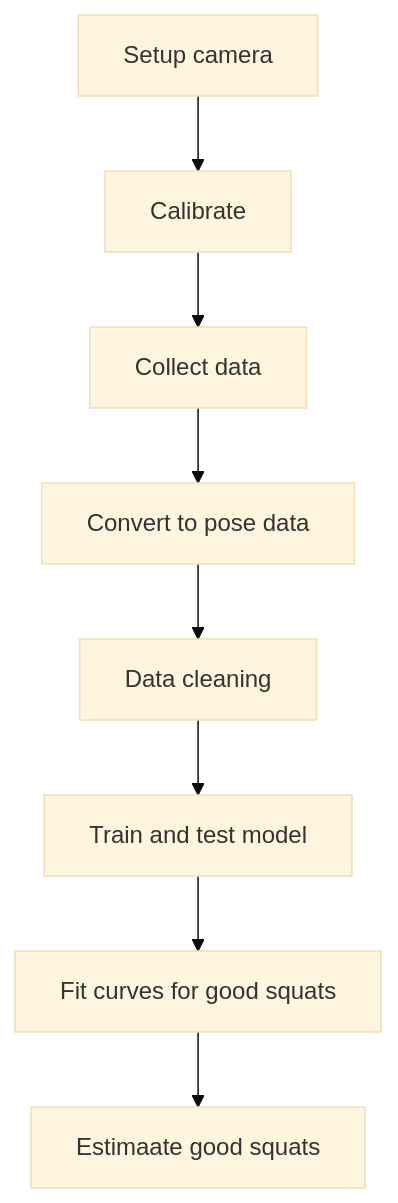
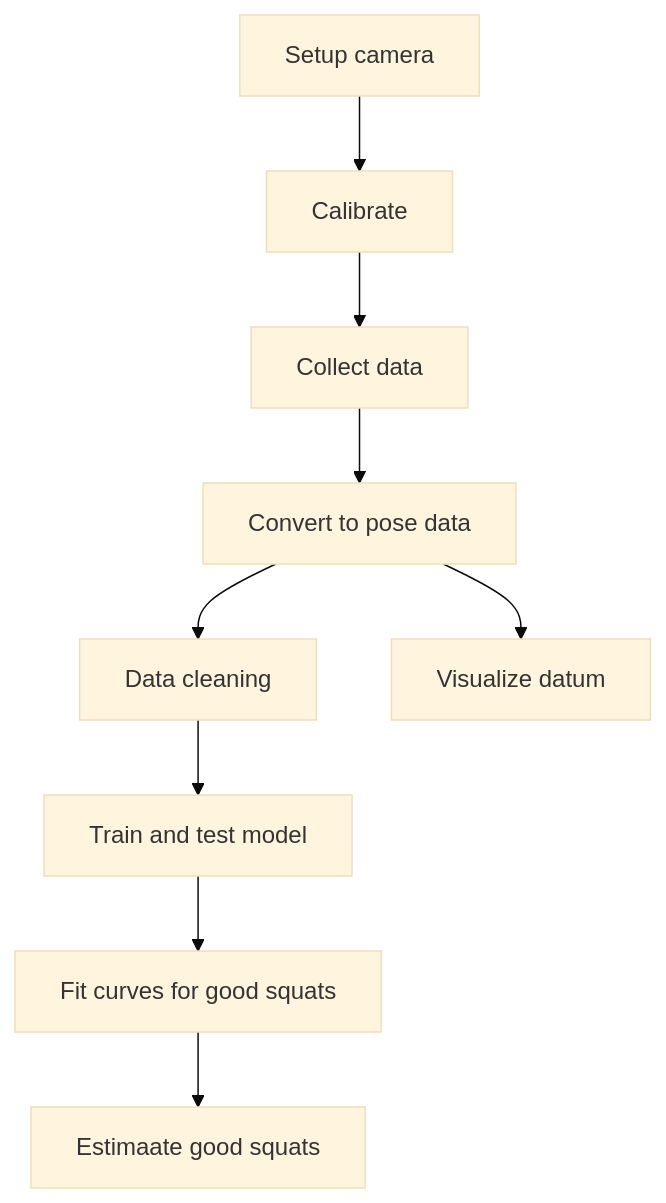
One commit to mukundan-chariar1/Machine-Learning-for-Squat-Analysis-and-Correction changed the diagram in Setup.md. Above: the diagram before and after it, drawn with Mermaid (base theme).

````diff
--- a/Setup.md
+++ b/Setup.md
@@ -5,10 +5,11 @@
 ```mermaid
 flowchart TD;
  A[Setup camera] --> B[Calibrate];
  B[Calibrate] --> C[Collect data];
  C[Collect data] --> D[Convert to pose data];
  D[Convert to pose data] --> E[Data cleaning];
+ D[Convert to pose data] --> E1[Visualize datum];
  E[Data cleaning] --> F[Train and test model];
  F[Train and test model] --> G[Fit curves for good squats];
  G[Fit curves for good squats] --> H[Estimaate good squats];
 ```
````
